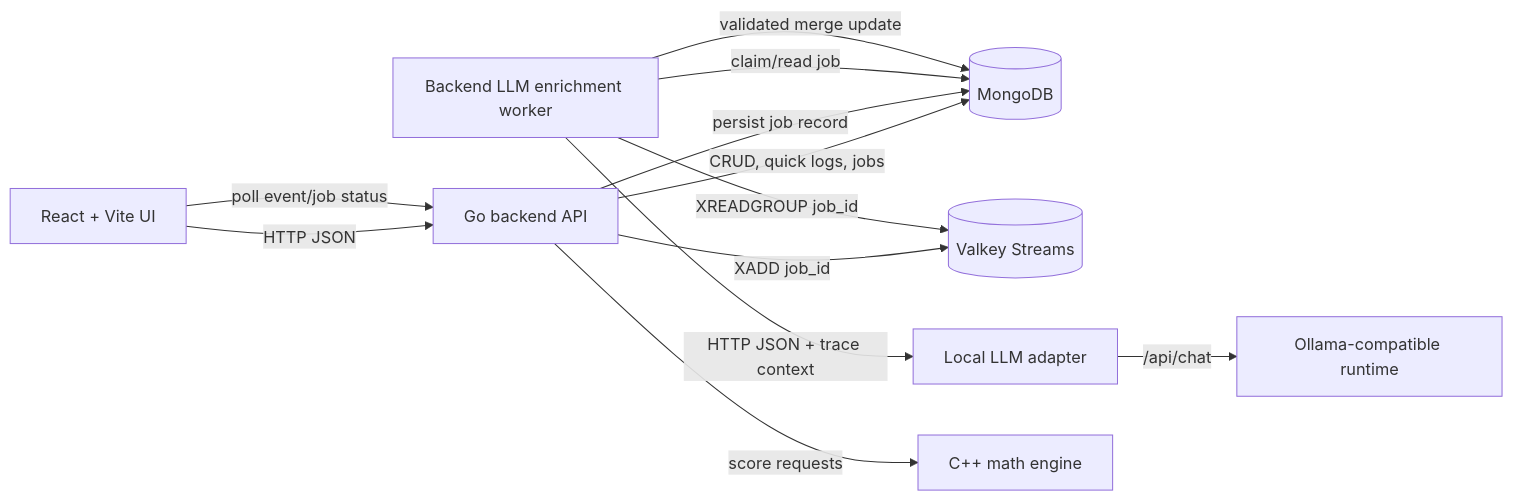
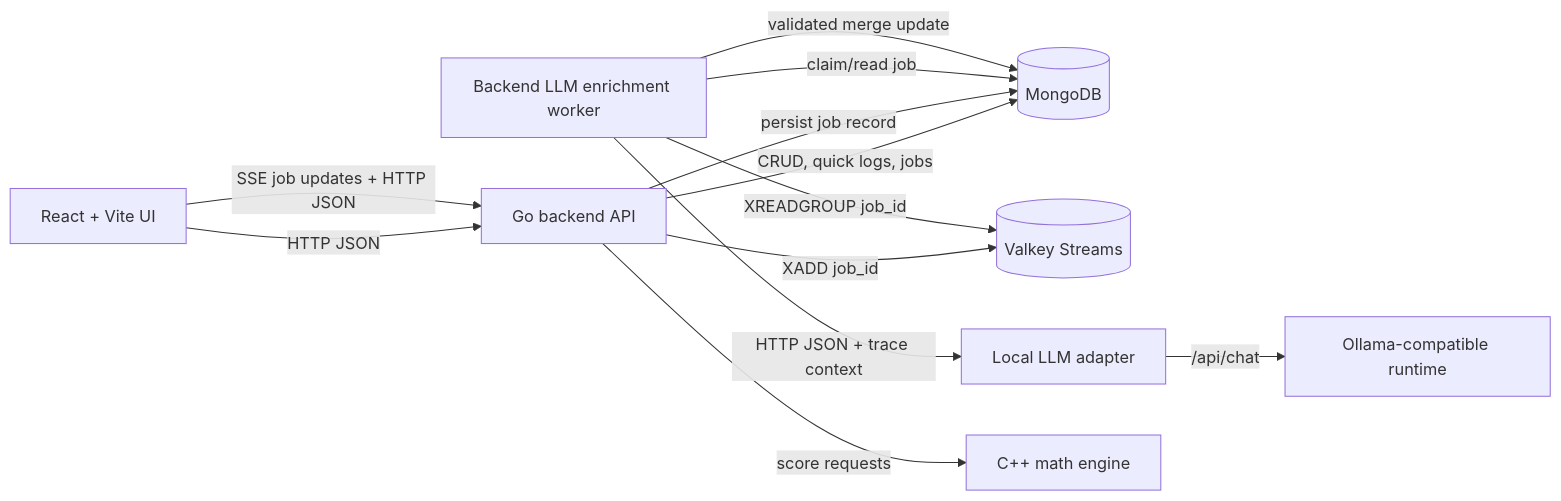
One commit to MisterVVP/logarift changed the first of 5 diagrams in docs/technical/system-design.md. Above: the diagram before and after it, drawn with Mermaid. The commit also changed other lines of this file and 47 other files, not shown here.

Commit message:
Add SSE updates Helm chart and CI

````diff
--- a/docs/technical/system-design.md
+++ b/docs/technical/system-design.md
@@ -11,23 +11,23 @@
 ```mermaid
 flowchart LR
   UI[React + Vite UI]
   API[Go backend API]
   DB[(MongoDB)]
   Valkey[(Valkey Streams)]
   Worker[Backend LLM enrichment worker]
   Adapter[Local LLM adapter]
   Runtime[Ollama-compatible runtime]
   Math[C++ math engine]
 
   UI -->|HTTP JSON| API
   API -->|CRUD, quick logs, jobs| DB
   API -->|score requests| Math
   API -->|persist job record| DB
   API -->|XADD job_id| Valkey
   Worker -->|XREADGROUP job_id| Valkey
   Worker -->|claim/read job| DB
   Worker -->|HTTP JSON + trace context| Adapter
   Adapter -->|/api/chat| Runtime
   Worker -->|validated merge update| DB
-  UI -->|poll event/job status| API
+  UI -->|SSE job updates + HTTP JSON| API
 ```
````
